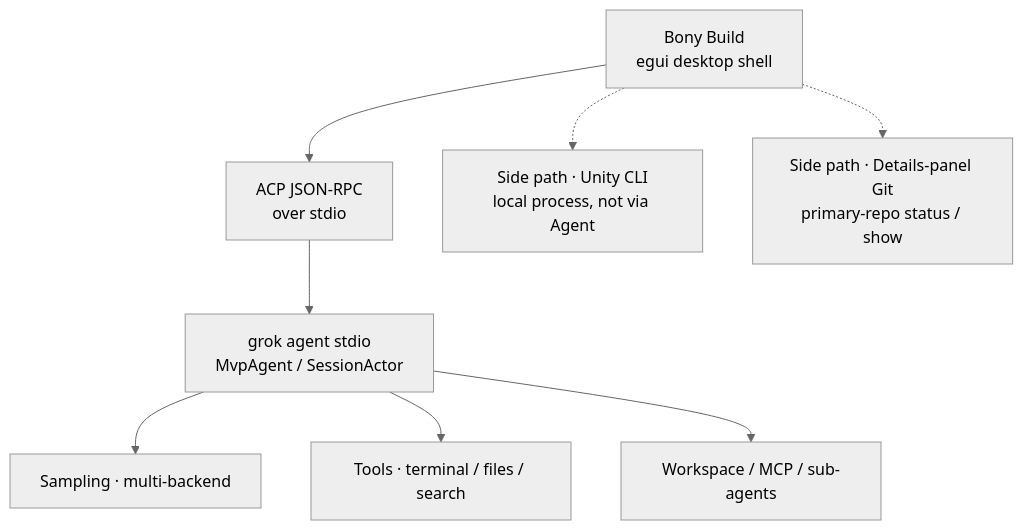
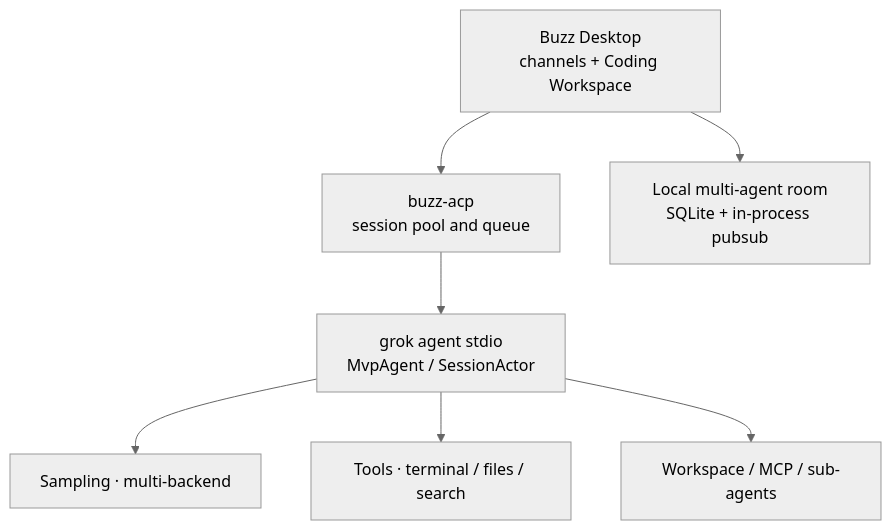
Before and after one commit to phuhao00/bony: the diagram in README.en.md, drawn with Mermaid (neutral theme). The commit also changed other lines of this file and 129 other files, not shown here.

Commit message:
Remove egui shell and consolidate on Buzz Desktop

````diff
--- a/README.en.md
+++ b/README.en.md
@@ -258,18 +185,16 @@
 ```mermaid
 flowchart TB
-  UI["Bony Build<br/>egui desktop shell"]
-  ACP["ACP JSON-RPC<br/>over stdio"]
+  UI["Buzz Desktop<br/>channels + Coding Workspace"]
+  ACP["buzz-acp<br/>session pool and queue"]
   Agent["grok agent stdio<br/>MvpAgent / SessionActor"]
   Sample["Sampling · multi-backend"]
   Tools["Tools · terminal / files / search"]
   WS["Workspace / MCP / sub-agents"]
-  Unity["Side path · Unity CLI<br/>local process, not via Agent"]
-  Git["Side path · Details-panel Git<br/>primary-repo status / show"]
+  Room["Local multi-agent room<br/>SQLite + in-process pubsub"]
 
   UI --> ACP --> Agent
   Agent --> Sample
   Agent --> Tools
   Agent --> WS
-  UI -.-> Unity
-  UI -.-> Git
+  UI --> Room
 ```
````
